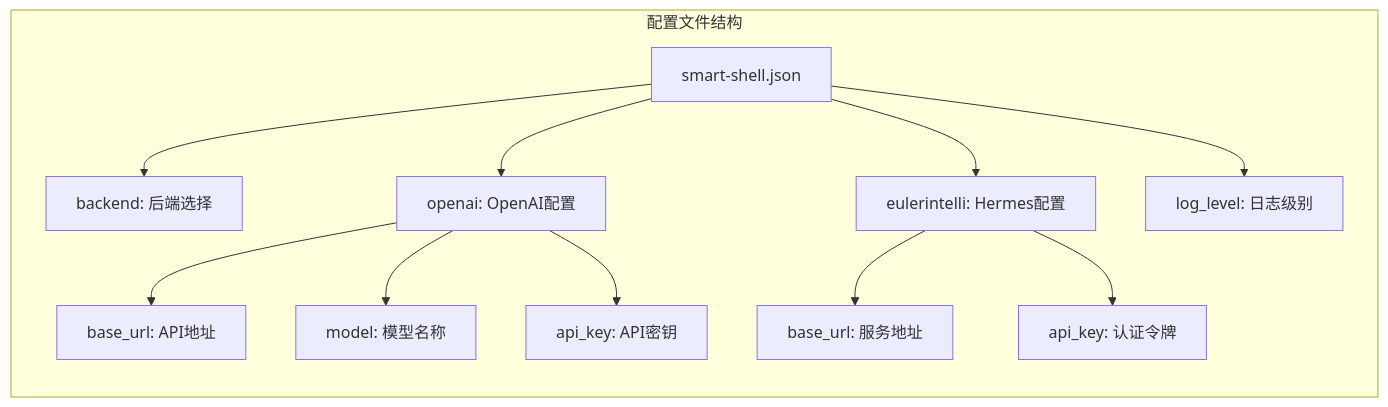
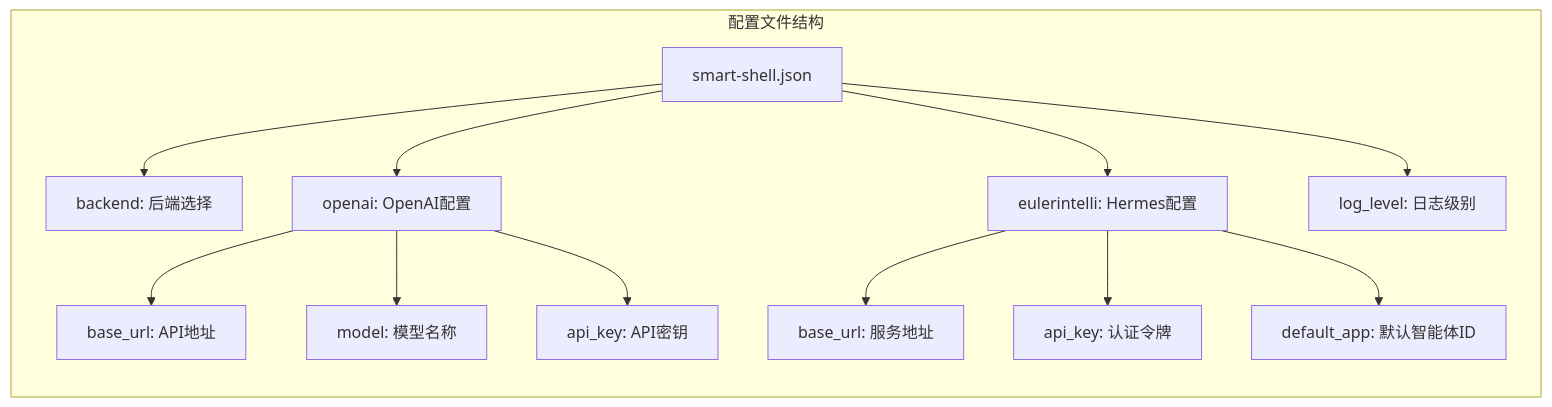
The sixth of 9 diagrams in docs/development/配置管理模块设计.md (HongyuS/euler-copilot-shell), drawn with Mermaid before and after one commit. The commit also changed other lines of this file and 3 other files, not shown here.

````diff
--- a/docs/development/配置管理模块设计.md
+++ b/docs/development/配置管理模块设计.md
@@ -180,16 +189,17 @@
 ```mermaid
 graph LR
     subgraph "配置文件结构"
         A[smart-shell.json] --> B[backend: 后端选择]
         A --> C[openai: OpenAI配置]
         A --> D[eulerintelli: Hermes配置]
         A --> E[log_level: 日志级别]
         
         C --> F[base_url: API地址]
         C --> G[model: 模型名称]
         C --> H[api_key: API密钥]
         
         D --> I[base_url: 服务地址]
         D --> J[api_key: 认证令牌]
+        D --> K[default_app: 默认智能体ID]
     end
 ```
````
